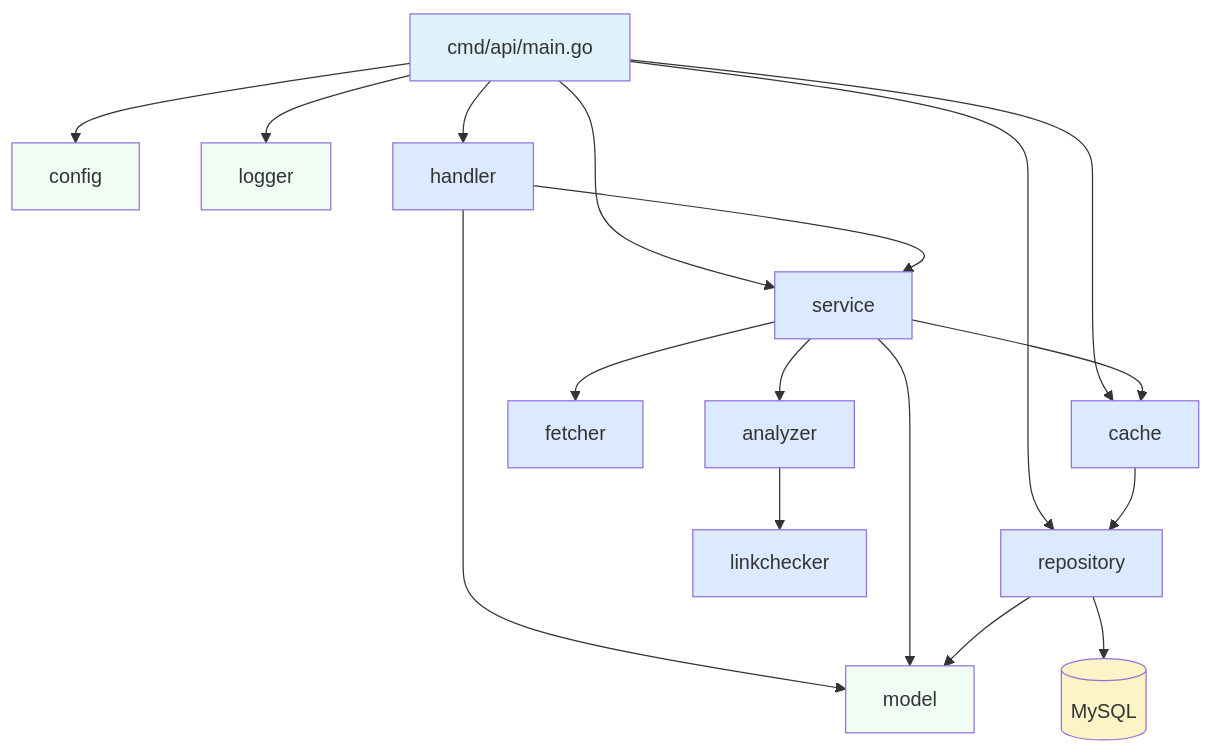
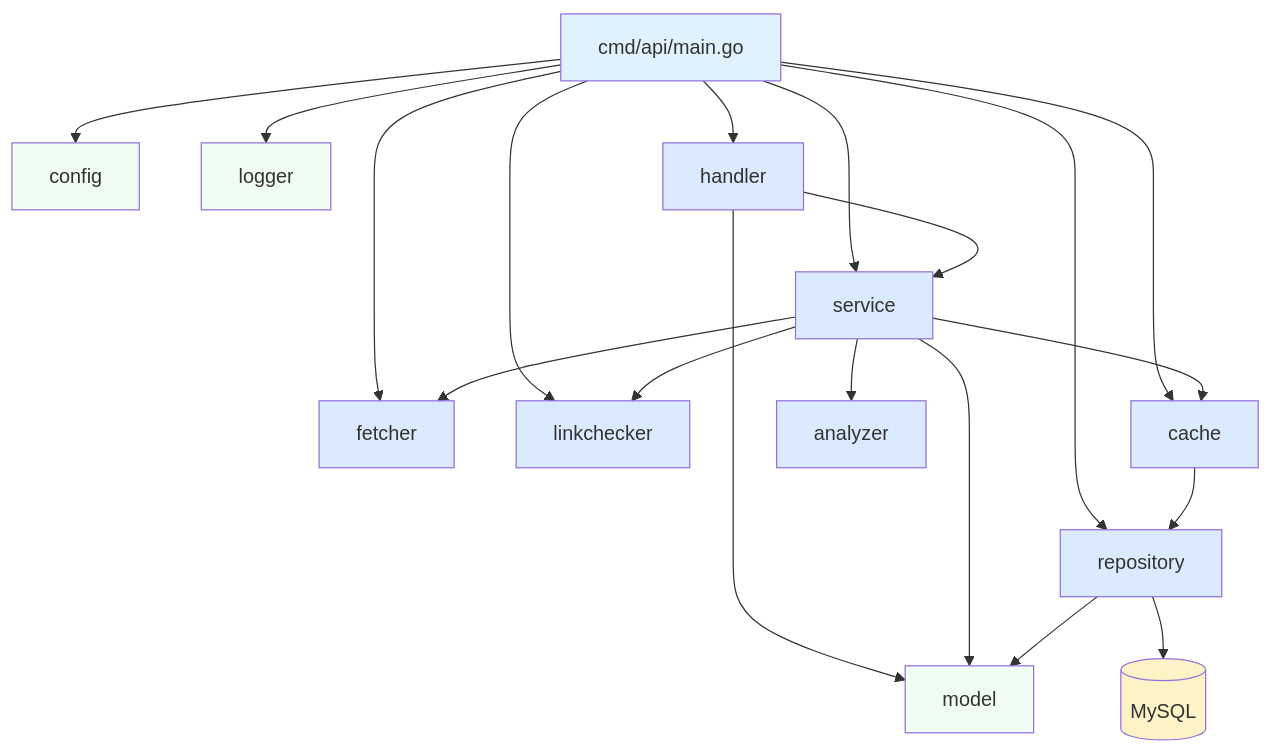
One commit to pasindu-uk/web-page-analyser changed the second of 4 diagrams in README.md. Above: the diagram before and after it, drawn with Mermaid. The commit also changed other lines of this file and 2 other files, not shown here.

Commit message:
Remove obsolete MAX_LINKS_TO_CHECK references and fix package diagram
MAX_LINKS_TO_CHECK was removed from config in 9ce024f but still
appeared in README env tables, .env.example, and the backend setup
guide. Also corrected the package dependency diagram to show main.go
constructing Fetcher and LinkChecker explicitly.

````diff
--- a/README.md
+++ b/README.md
@@ -46,36 +46,38 @@
 ```mermaid
 graph TD
     Main[cmd/api/main.go] --> Config[config]
     Main --> Logger[logger]
+    Main --> Fetcher[fetcher]
+    Main --> LC[linkchecker]
     Main --> Repo[repository]
     Main --> Cache[cache]
     Main --> Service[service]
     Main --> Handler[handler]
 
     Handler --> Service
-    Service --> Fetcher[fetcher]
+    Service --> Fetcher
+    Service --> LC
     Service --> Analyzer[analyzer]
     Service --> Cache
 
     Cache --> Repo
-    Analyzer --> LC[linkchecker]
 
     Handler --> Model[model]
     Service --> Model
     Repo --> Model
 
     Repo --> DB[(MySQL)]
 
     style Main fill:#e0f2fe
     style Handler fill:#dbeafe
     style Service fill:#dbeafe
     style Fetcher fill:#dbeafe
     style Analyzer fill:#dbeafe
     style LC fill:#dbeafe
     style Repo fill:#dbeafe
     style Cache fill:#dbeafe
     style Config fill:#f0fdf4
     style Logger fill:#f0fdf4
     style Model fill:#f0fdf4
     style DB fill:#fef3c7
 ```
````
